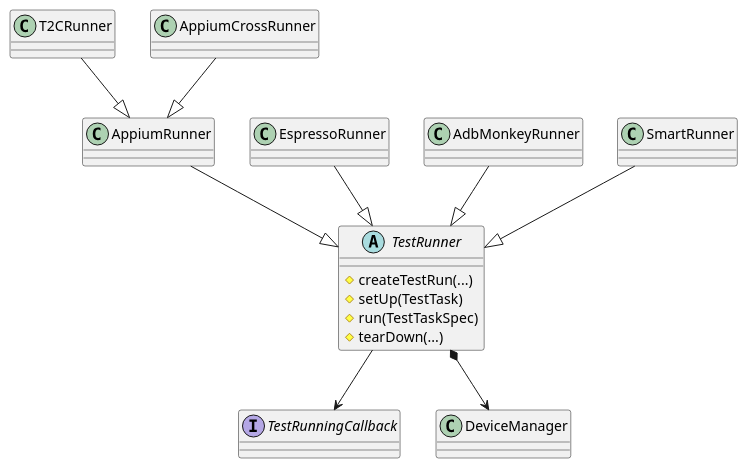
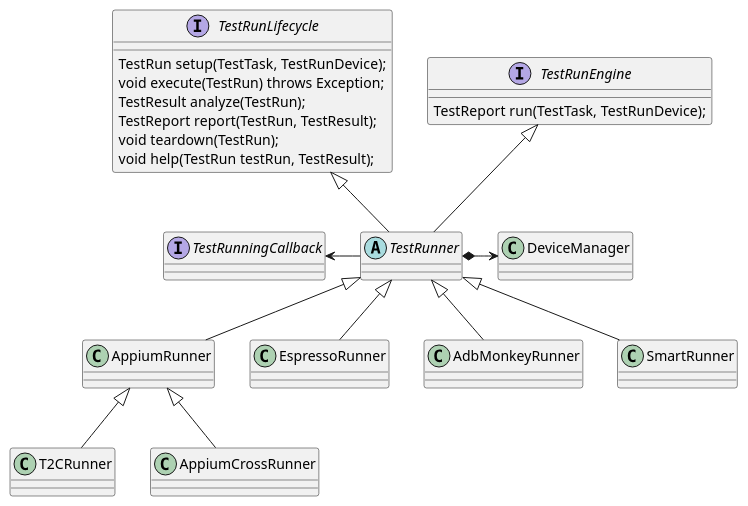
One commit to microsoft/HydraLab changed the first of 6 diagrams in agent/doc/UML/test_runner_design.puml. Above: the diagram before and after it, drawn with PlantUML. The commit also changed other lines of this file and 12 other files, not shown here.

First line of the commit message:
Define the test lifecycle and expose engine API to standardize the runner design (#442)

```diff
--- a/agent/doc/UML/test_runner_design.puml
+++ b/agent/doc/UML/test_runner_design.puml
@@ -1,21 +1,34 @@
 @startuml test_runner_class_relation
-abstract class TestRunner {
-    #createTestRun(...)
-    #setUp(TestTask)
-    #run(TestTaskSpec)
-    #tearDown(...)
+abstract class TestRunner
+
+interface TestRunEngine {
+    TestReport run(TestTask, TestRunDevice);
 }
+interface TestRunLifecycle {
+    TestRun setup(TestTask, TestRunDevice);
+    void execute(TestRun) throws Exception;
+    TestResult analyze(TestRun);
+    TestReport report(TestRun, TestResult);
+    void teardown(TestRun);
+    void help(TestRun testRun, TestResult);
+}
+
+TestRunner -u-|> TestRunEngine
+TestRunner -u-|> TestRunLifecycle
+
+AppiumRunner -u-|> TestRunner
+EspressoRunner -u-|> TestRunner
+AdbMonkeyRunner -u-|> TestRunner
+T2CRunner -u-|> AppiumRunner
+SmartRunner -u-|> TestRunner
+
+
 interface TestRunningCallback
+TestRunner -l-> TestRunningCallback
 
-AppiumRunner --|> TestRunner
-EspressoRunner --|> TestRunner
-AdbMonkeyRunner --|> TestRunner
-T2CRunner --|> AppiumRunner
-SmartRunner --|> TestRunner
+TestRunner *-r-> DeviceManager
 
-TestRunner --> TestRunningCallback
+AppiumCrossRunner -u-|> AppiumRunner
 
-TestRunner *--> DeviceManager
 
-AppiumCrossRunner --|> AppiumRunner
 @enduml
```
